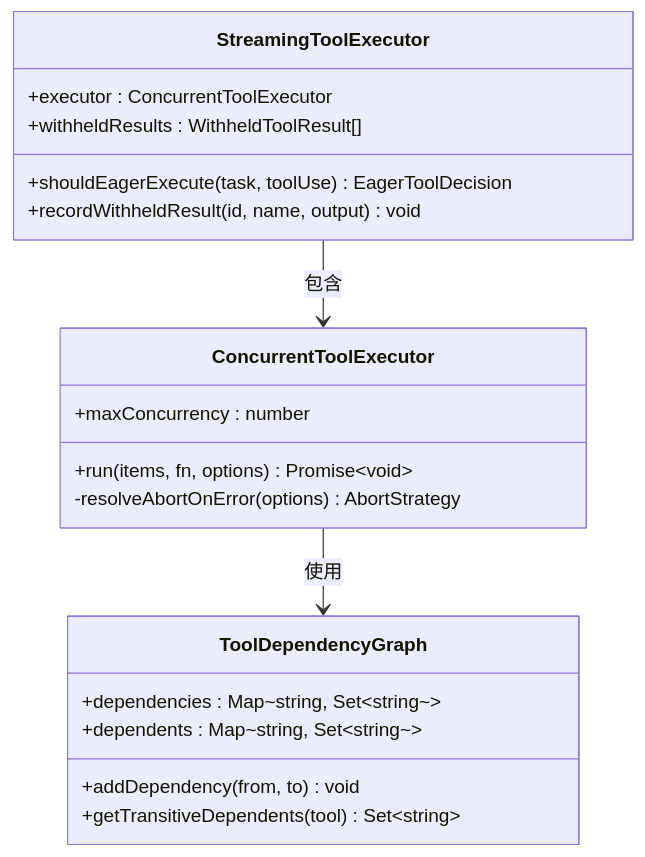
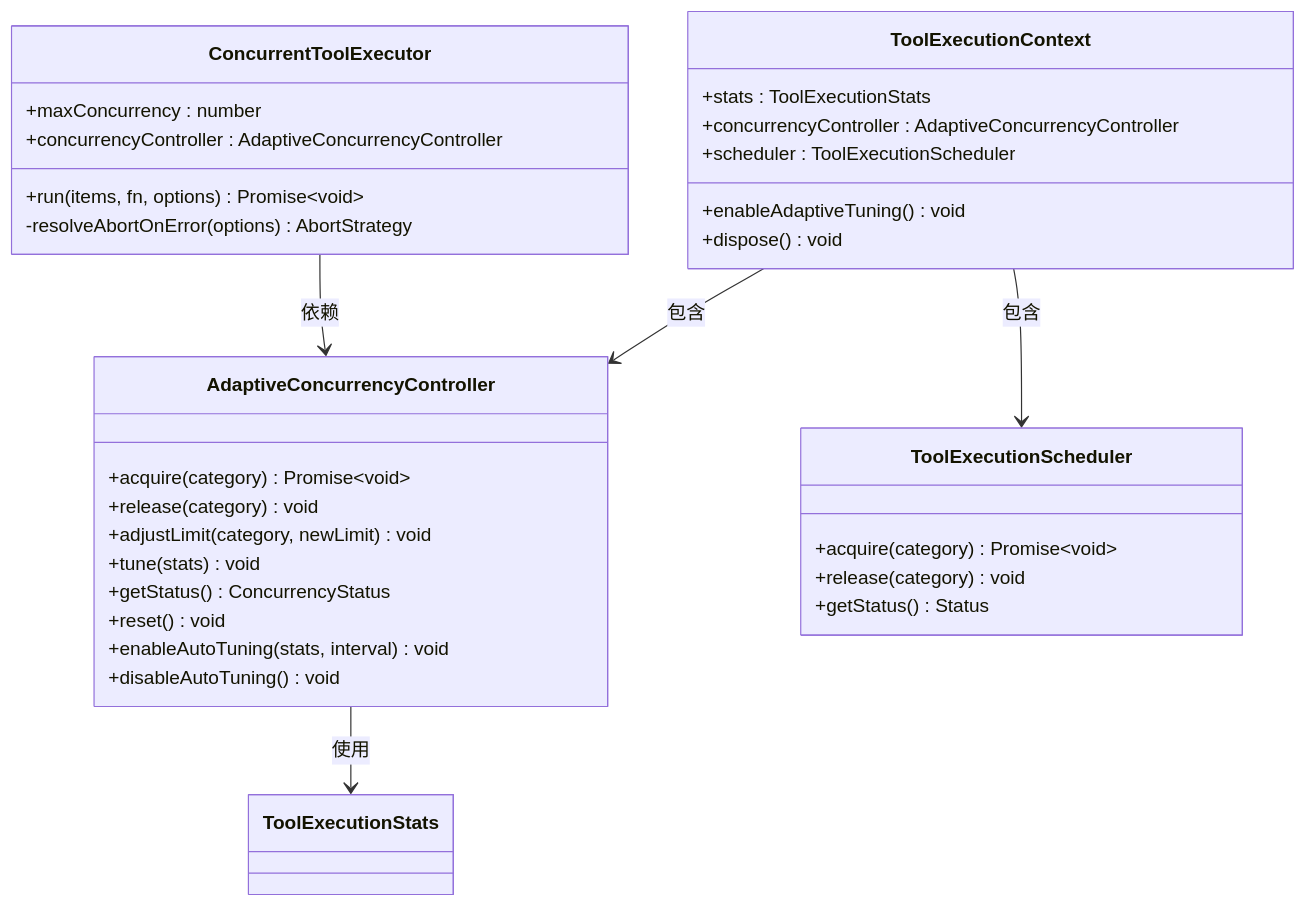
Before and after one commit to JunjieChen0/NJUST: the fourth of 6 diagrams in .qoder/repowiki/zh/content/核心功能/工具系统/统一工具执行框架.md, drawn with Mermaid. The commit also changed other lines of this file and 37 other files, not shown here.

````diff
--- a/.qoder/repowiki/zh/content/核心功能/工具系统/统一工具执行框架.md
+++ b/.qoder/repowiki/zh/content/核心功能/工具系统/统一工具执行框架.md
@@ -209,22 +282,35 @@
 ```mermaid
 classDiagram
+class AdaptiveConcurrencyController {
++acquire(category) Promise~void~
++release(category) void
++adjustLimit(category, newLimit) void
++tune(stats) void
++getStatus() ConcurrencyStatus
++reset() void
++enableAutoTuning(stats, interval) void
++disableAutoTuning() void
+}
 class ConcurrentToolExecutor {
 +maxConcurrency : number
++concurrencyController : AdaptiveConcurrencyController
 +run(items, fn, options) Promise~void~
 -resolveAbortOnError(options) AbortStrategy
 }
-class StreamingToolExecutor {
-+executor : ConcurrentToolExecutor
-+withheldResults : WithheldToolResult[]
-+shouldEagerExecute(task, toolUse) EagerToolDecision
-+recordWithheldResult(id, name, output) void
+class ToolExecutionScheduler {
++acquire(category) Promise~void~
++release(category) void
++getStatus() Status
 }
-class ToolDependencyGraph {
-+dependencies : Map~string, Set~string~~
-+dependents : Map~string, Set~string~~
-+addDependency(from, to) void
-+getTransitiveDependents(tool) Set~string~
+class ToolExecutionContext {
++stats : ToolExecutionStats
++concurrencyController : AdaptiveConcurrencyController
++scheduler : ToolExecutionScheduler
++enableAdaptiveTuning() void
++dispose() void
 }
-ConcurrentToolExecutor --> ToolDependencyGraph : 使用
-StreamingToolExecutor --> ConcurrentToolExecutor : 包含
+AdaptiveConcurrencyController --> ToolExecutionStats : 使用
+ConcurrentToolExecutor --> AdaptiveConcurrencyController : 依赖
+ToolExecutionContext --> AdaptiveConcurrencyController : 包含
+ToolExecutionContext --> ToolExecutionScheduler : 包含
 ```
````
